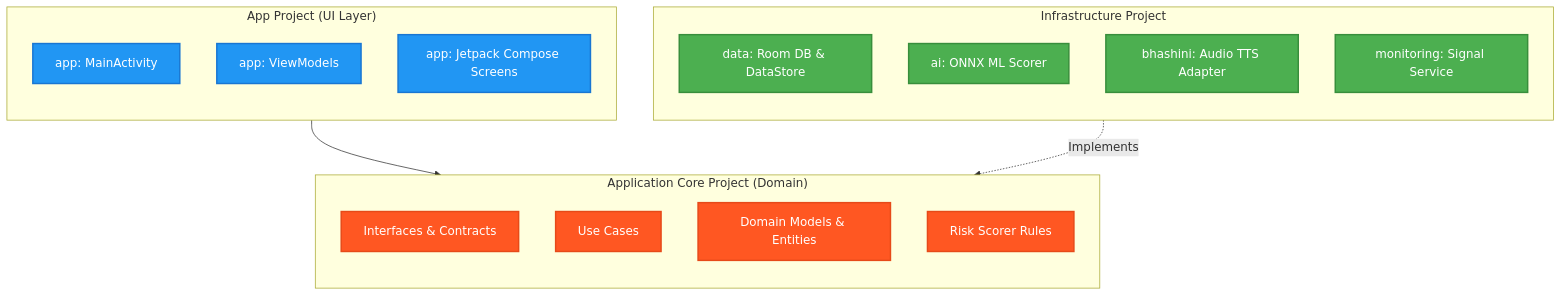
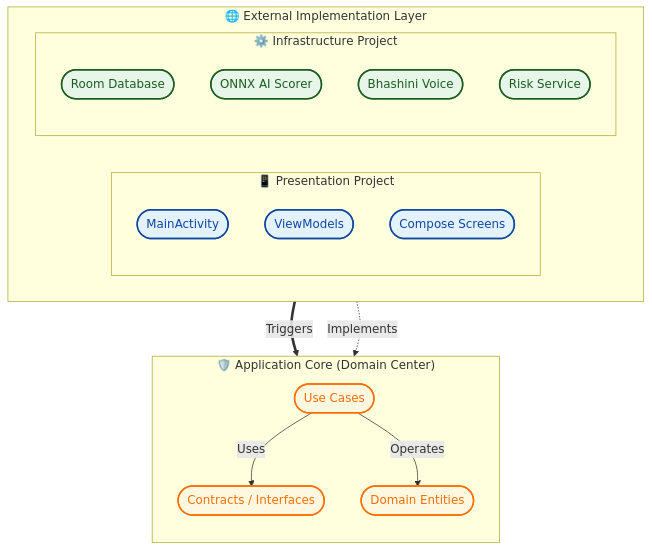
One commit to kgp134134-sys/GramKavach-CyberShield changed the diagram in README.md. Above: the diagram before and after it, drawn with Mermaid.

Commit message:
Overhaul architecture diagram for maximum visual appeal and clarity

````diff
--- a/README.md
+++ b/README.md
@@ -86,44 +86,42 @@
 ```mermaid
-graph TD
-    %% SUBGRAPH BUILDINGS FOR EXACT REFERENCE IMAGE MATCH
-    
-    subgraph UI_Proj ["App Project (UI Layer)"]
-        direction TB
-        Ctrl["app: MainActivity"]
-        VM["app: ViewModels"]
-        Views["app: Jetpack Compose Screens"]
+flowchart TD
+    subgraph External ["🌐 External Implementation Layer"]
+        direction LR
+        subgraph UI ["📱 Presentation Project"]
+            direction TB
+            MA(["MainActivity"])
+            VM(["ViewModels"])
+            Screens(["Compose Screens"])
+        end
+
+        subgraph Infra ["⚙️ Infrastructure Project"]
+            direction TB
+            DB(["Room Database"])
+            AI(["ONNX AI Scorer"])
+            Voice(["Bhashini Voice"])
+            Monitor(["Risk Service"])
+        end
     end
 
-    subgraph Infra_Proj ["Infrastructure Project"]
+    subgraph Core ["🛡️ Application Core (Domain Center)"]
         direction TB
-        DB_Cache["data: Room DB & DataStore"]
-        AI_ONNX["ai: ONNX ML Scorer"]
-        Voice["bhashini: Audio TTS Adapter"]
-        SMS["monitoring: Signal Service"]
+        UC(["Use Cases"])
+        Intf(["Contracts / Interfaces"])
+        Model(["Domain Entities"])
     end
 
-    subgraph Core_Proj ["Application Core Project (Domain)"]
-        direction TB
-        Intf["Interfaces & Contracts"]
-        UC["Use Cases"]
-        Models["Domain Models & Entities"]
-        Rules["Risk Scorer Rules"]
-    end
+    %% Flow with meaningful labels
+    UI ==>|Triggers| UC
+    Infra -.->|Implements| Intf
+    UC -->|Uses| Intf
+    UC -->|Operates| Model
 
-    %% CONNECTIONS (Dashed & Solid like reference image)
-    UI_Proj --> Core_Proj
-    Infra_Proj -.->|Implements| Core_Proj
-
-    %% EXACT COLOR COMBO MATCHING REFERENCE IMAGE
-    %% Blue for UI App Project
-    classDef uiBox fill:#2196F3,stroke:#1976D2,stroke-width:2px,color:#FFFFFF
-    class Ctrl,VM,Views uiBox
-
-    %% Green for Infrastructure Project
-    classDef infraBox fill:#4CAF50,stroke:#388E3C,stroke-width:2px,color:#FFFFFF
-    class DB_Cache,AI_ONNX,Voice,SMS infraBox
-
-    %% Orange / Red for Application Core Project
-    classDef coreBox fill:#FF5722,stroke:#E64A19,stroke-width:2px,color:#FFFFFF
-    class Intf,UC,Models,Rules coreBox
+    %% Styling for Premium Look
+    classDef ui fill:#E3F2FD,stroke:#0D47A1,stroke-width:2px,color:#0D47A1
+    classDef infra fill:#E8F5E9,stroke:#1B5E20,stroke-width:2px,color:#1B5E20
+    classDef domain fill:#FFF8E1,stroke:#FF6F00,stroke-width:2px,color:#FF6F00
+    
+    class MA,VM,Screens ui
+    class DB,AI,Voice,Monitor infra
+    class UC,Intf,Model domain
 ```
````
